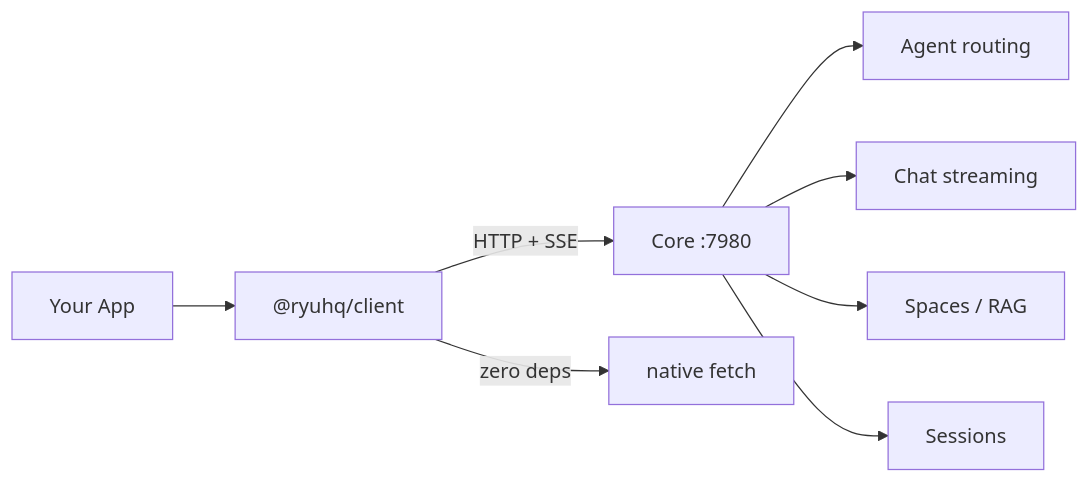
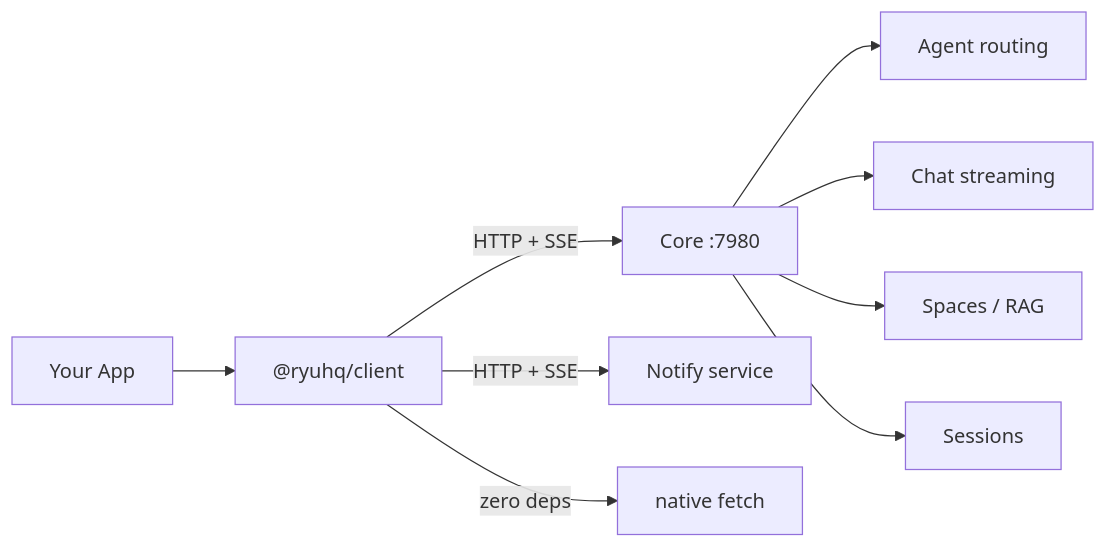
Before and after one commit to amajorai/ryu-docs: the diagram in content/docs/extend/develop/sdk/client.mdx, drawn with Mermaid. The commit also changed other lines of this file and 413 other files, not shown here.

````diff
--- a/content/docs/extend/develop/sdk/client.mdx
+++ b/content/docs/extend/develop/sdk/client.mdx
@@ -27,11 +27,12 @@
 ```mermaid
 flowchart LR
   A[Your App] --> B["@ryuhq/client"]
   B -->|HTTP + SSE| C[Core :7980]
+  B -->|HTTP + SSE| N[Notify service]
   C --> D[Agent routing]
   C --> E[Chat streaming]
   C --> F[Spaces / RAG]
   C --> G[Sessions]
 
   B -->|zero deps| H[native fetch]
 ```
````
